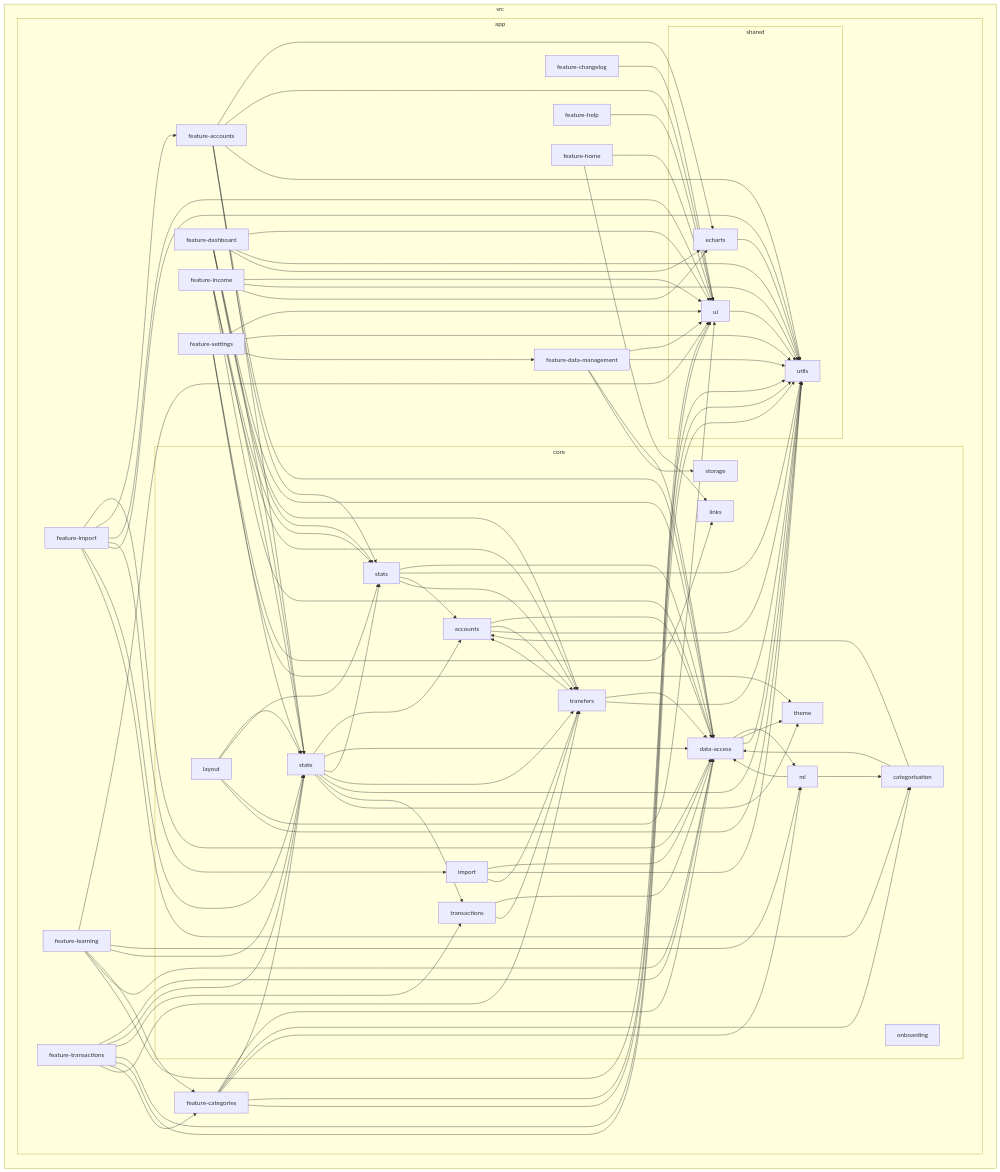
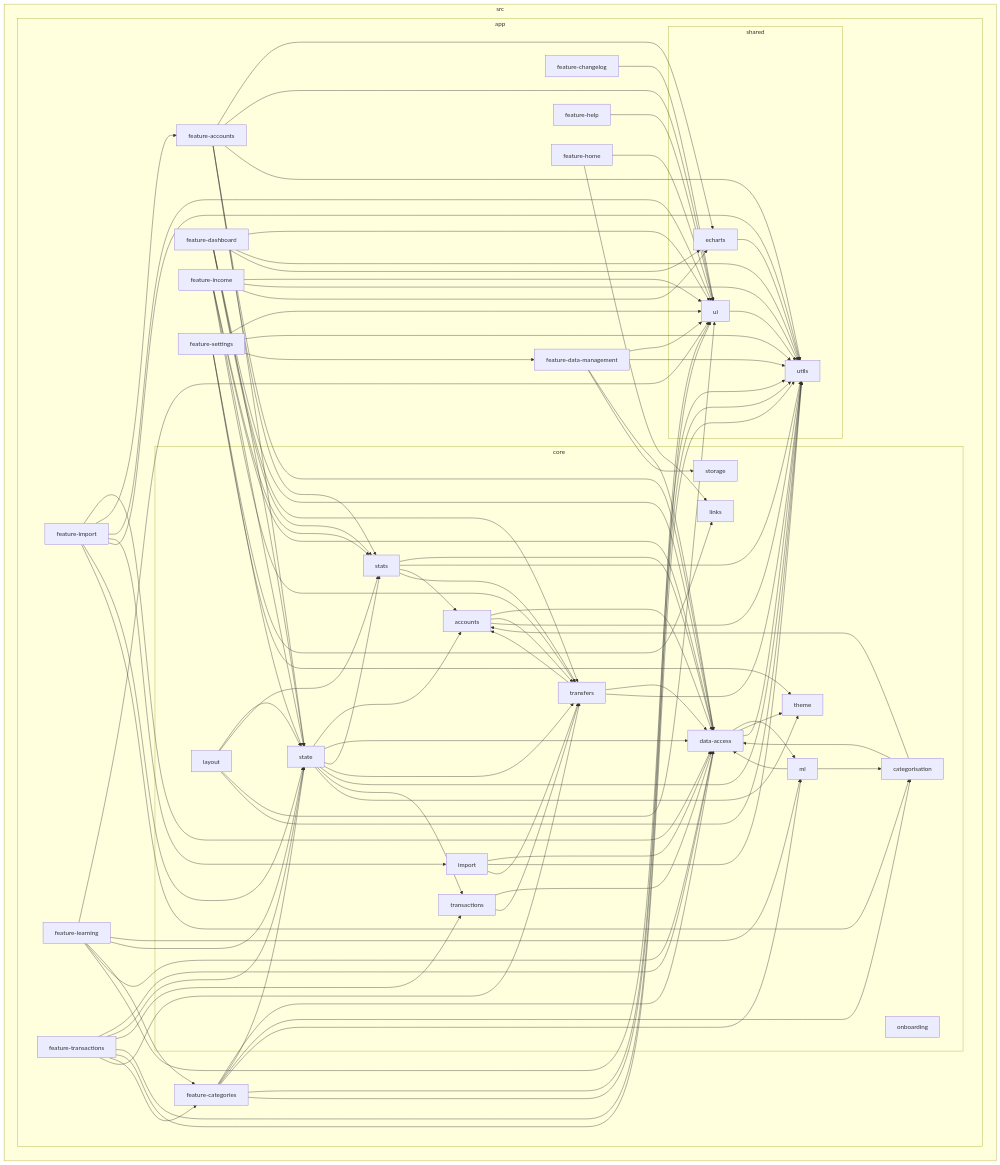
One commit to kevhauma/money-mosaic-v2 changed the diagram in reports/dependency-graph.mmd. Above: the diagram before and after it, drawn with Mermaid. The commit also changed other lines of this file and 28 other files, not shown here.

```diff
--- a/reports/dependency-graph.mmd
+++ b/reports/dependency-graph.mmd
@@ -1,134 +1,134 @@
 flowchart LR
 
 subgraph 0["src"]
 subgraph 1["app"]
 subgraph 2["core"]
 3["accounts"]
 4["categorisation"]
 5["data-access"]
 6["import"]
 7["layout"]
 8["links"]
 9["ml"]
 A["onboarding"]
 B["state"]
 C["stats"]
 D["storage"]
 E["theme"]
 F["transactions"]
 G["transfers"]
 end
 H["feature-accounts"]
 I["feature-categories"]
 J["feature-changelog"]
 K["feature-dashboard"]
 L["feature-data-management"]
 M["feature-help"]
 N["feature-home"]
 O["feature-import"]
 P["feature-income"]
 Q["feature-learning"]
 R["feature-settings"]
 S["feature-transactions"]
 subgraph T["shared"]
 U["echarts"]
 V["ui"]
 W["utils"]
 end
 end
 end
 3-->5
 3-->G
 3-->W
 4-->5
 4-->3
 5-->9
 5-->E
 5-->W
 6-->5
 6-->W
 6-->G
 7-->B
 7-->C
 7-->V
 7-->W
 9-->4
 9-->5
 B-->3
 B-->5
 B-->C
 B-->G
 B-->W
 B-->F
 B-->E
 C-->5
 C-->W
 C-->3
 C-->G
 F-->5
 F-->G
 G-->5
 G-->3
 G-->W
 H-->5
 H-->U
 H-->B
 H-->V
 H-->W
 H-->C
 I-->5
 I-->B
 I-->V
 I-->W
 I-->4
 I-->9
 J-->V
 K-->5
 K-->B
 K-->V
 K-->W
 K-->G
 K-->C
 K-->U
 L-->5
 L-->D
 L-->V
 L-->W
 M-->V
 N-->8
 N-->V
 O-->5
 O-->H
 O-->V
 O-->6
 O-->W
 O-->B
 O-->4
 P-->C
 P-->V
 P-->W
+P-->5
 P-->B
 P-->G
-P-->5
 P-->U
 Q-->V
 Q-->9
 Q-->B
 Q-->I
 Q-->5
 Q-->W
 R-->V
 R-->8
 R-->B
 R-->W
 R-->L
 R-->E
 S-->5
 S-->B
 S-->F
 S-->V
 S-->W
 S-->I
 S-->G
 U-->W
 V-->W
```
